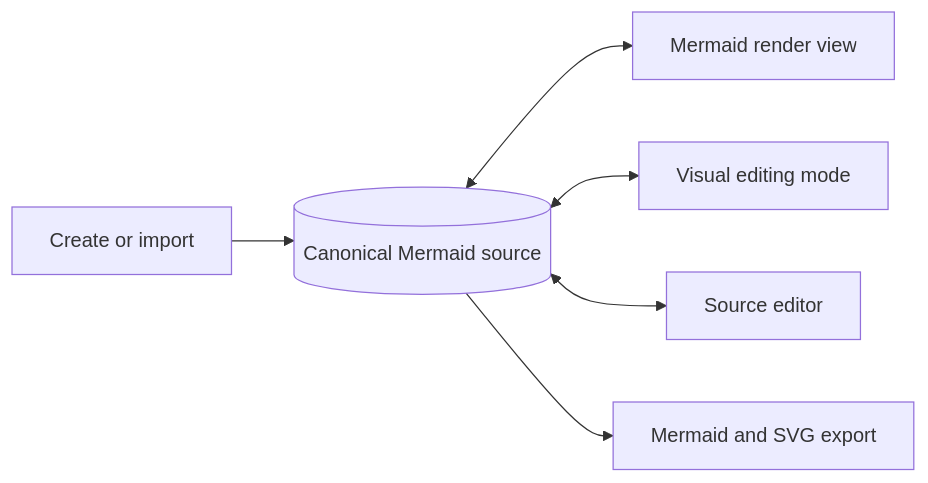
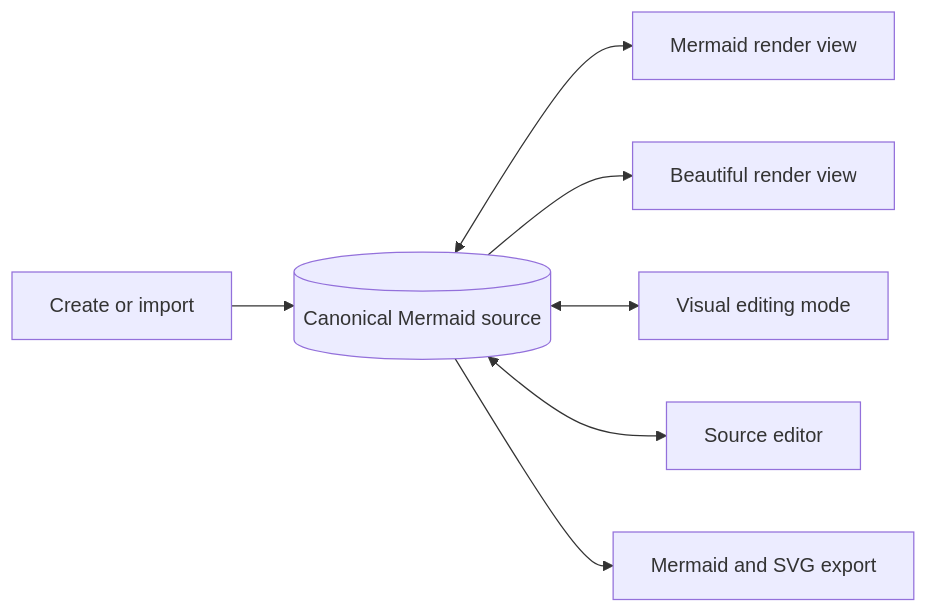
The first of 2 diagrams in README.md (AngelaDMerkel/Mermade), drawn with Mermaid before and after one commit. The commit also changed other lines of this file and 23 other files, not shown here.

````diff
--- a/README.md
+++ b/README.md
@@ -38,8 +38,9 @@
 ```mermaid
 flowchart LR
   I[Create or import] --> S[(Canonical Mermaid source)]
   S <--> M[Mermaid render view]
+  S --> B[Beautiful render view]
   S <--> V[Visual editing mode]
   S <--> E[Source editor]
   S --> X[Mermaid and SVG export]
 ```
````
